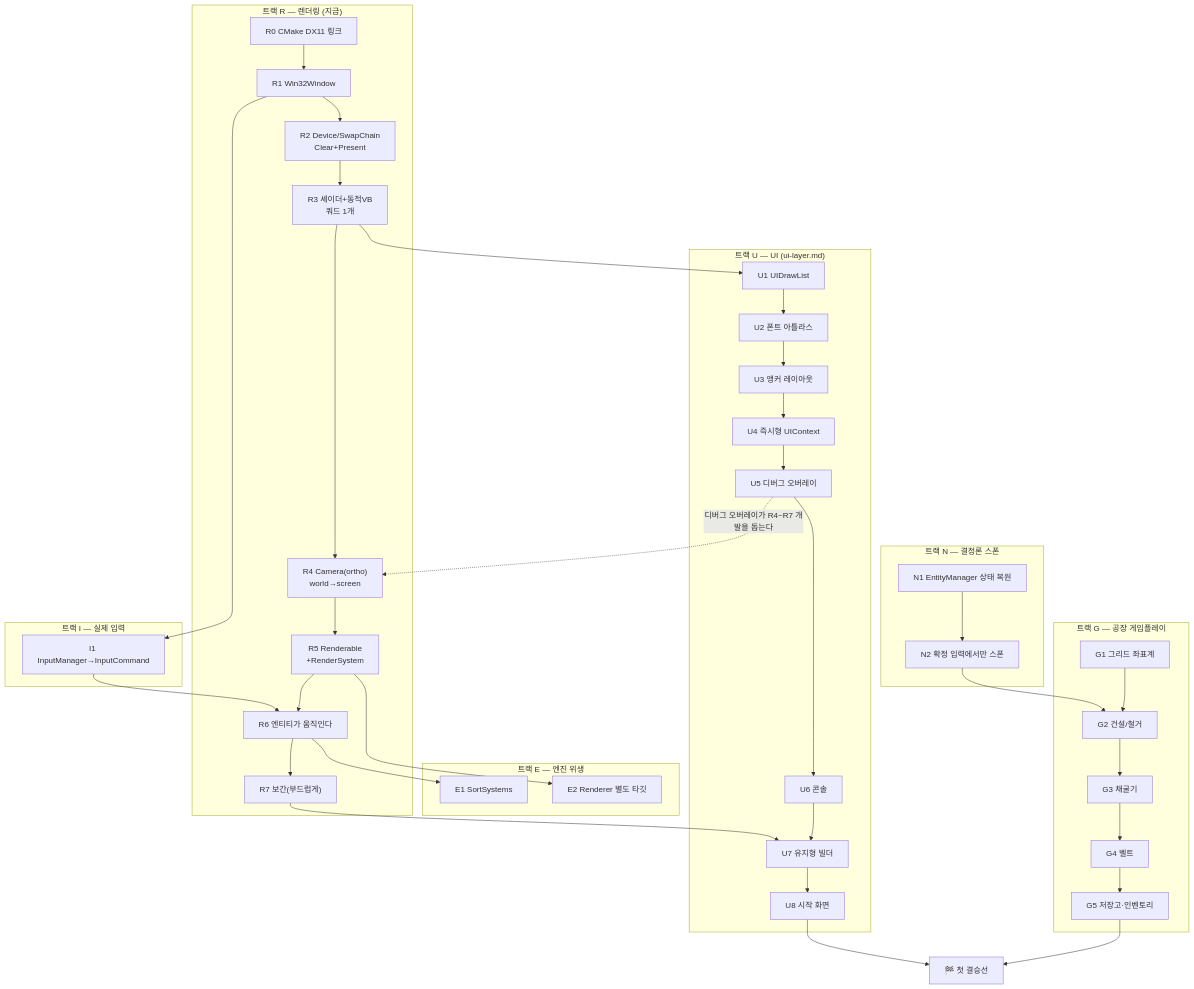
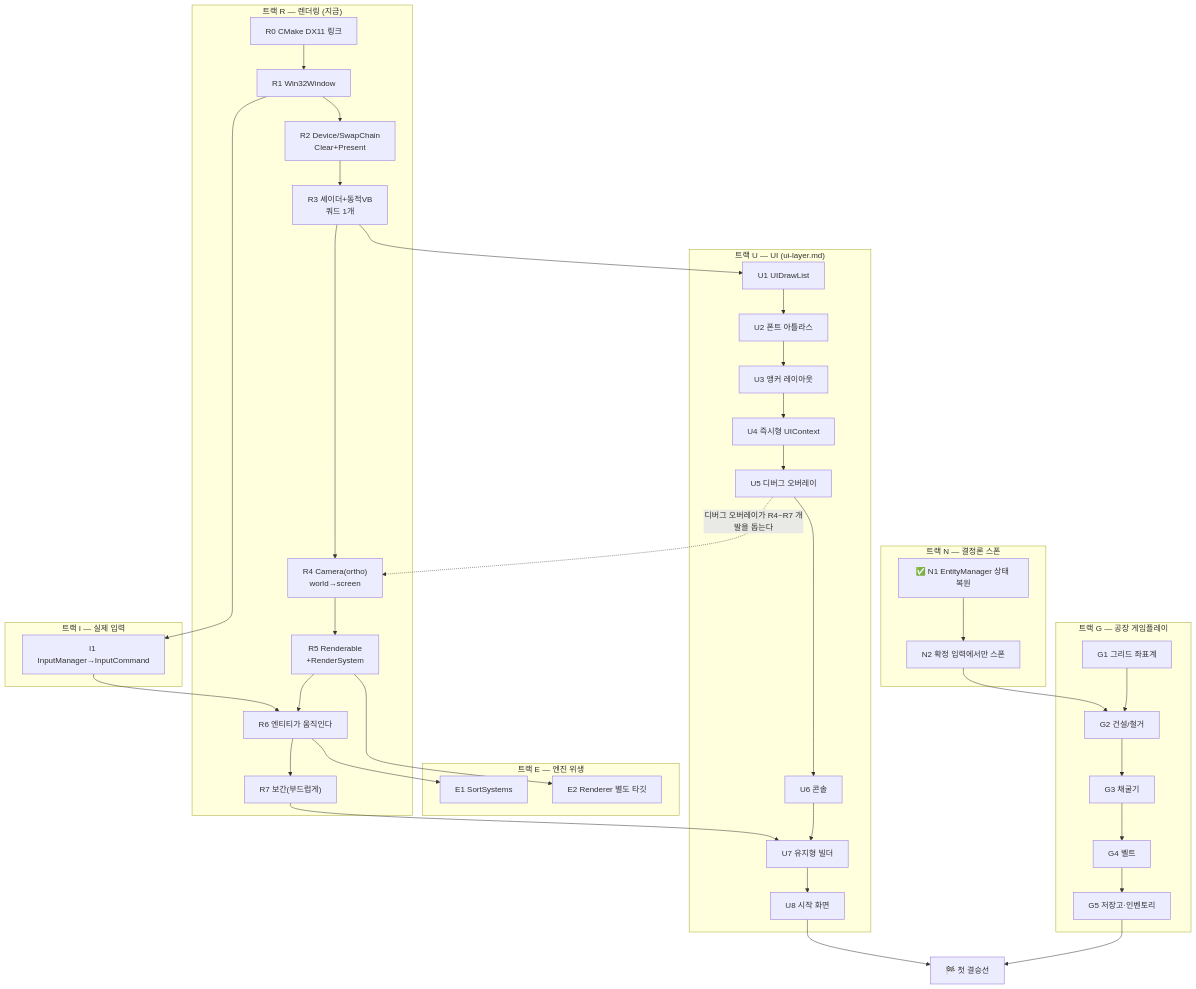
The diagram in docs/design/roadmap.md (J0nJAr/ECSFactory), drawn with Mermaid before and after one commit. The commit also changed other lines of this file and 8 other files, not shown here.

First line of the commit message:
fix : 스냅샷에 EntityManager 상태 포함 (결정론 스폰 전제조건, N1)

````diff
--- a/docs/design/roadmap.md
+++ b/docs/design/roadmap.md
@@ -64,53 +64,53 @@
 ```mermaid
 flowchart TB
     subgraph R["트랙 R — 렌더링 (지금)"]
         R0["R0 CMake DX11 링크"] --> R1["R1 Win32Window"]
         R1 --> R2["R2 Device/SwapChain<br/>Clear+Present"]
         R2 --> R3["R3 셰이더+동적VB<br/>쿼드 1개"]
         R3 --> R4["R4 Camera(ortho)<br/>world→screen"]
         R4 --> R5["R5 Renderable<br/>+RenderSystem"]
         R5 --> R6["R6 엔티티가 움직인다"]
         R6 --> R7["R7 보간(부드럽게)"]
     end
 
     subgraph U["트랙 U — UI (ui-layer.md)"]
         U1["U1 UIDrawList"] --> U2["U2 폰트 아틀라스"]
         U2 --> U3["U3 앵커 레이아웃"]
         U3 --> U4["U4 즉시형 UIContext"]
         U4 --> U5["U5 디버그 오버레이"]
         U5 --> U6["U6 콘솔"]
         U6 --> U7["U7 유지형 빌더"]
         U7 --> U8["U8 시작 화면"]
     end
 
     subgraph I["트랙 I — 실제 입력"]
         I1["I1 InputManager→InputCommand"]
     end
 
     subgraph E["트랙 E — 엔진 위생"]
         E1["E1 SortSystems"]
         E2["E2 Renderer 별도 타깃"]
     end
 
     subgraph N["트랙 N — 결정론 스폰"]
-        N1["N1 EntityManager 상태 복원"] --> N2["N2 확정 입력에서만 스폰"]
+        N1["✅ N1 EntityManager 상태 복원"] --> N2["N2 확정 입력에서만 스폰"]
     end
 
     subgraph G["트랙 G — 공장 게임플레이"]
         G1["G1 그리드 좌표계"] --> G2["G2 건설/철거"]
         G2 --> G3["G3 채굴기"]
         G3 --> G4["G4 벨트"]
         G4 --> G5["G5 저장고·인벤토리"]
     end
 
     R1 --> I1
     I1 --> R6
     R3 --> U1
     U5 -.디버그 오버레이가 R4~R7 개발을 돕는다.-> R4
     R7 --> U7
     R5 --> E2
     R6 --> E1
     N2 --> G2
     G5 --> FIN["🏁 첫 결승선"]
     U8 --> FIN
 ```
````
